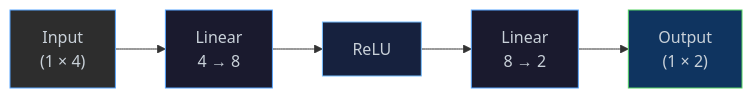
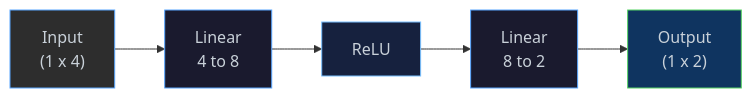
One commit to lewismj/eta changed the fourth of 5 diagrams in docs/torch.md. Above: the diagram before and after it, drawn with Mermaid. The commit also changed other lines of this file, not shown here.

````diff
--- a/docs/torch.md
+++ b/docs/torch.md
@@ -212,13 +212,13 @@
 ```mermaid
 flowchart LR
-    IN["Input\n(1 × 4)"] --> L1["Linear\n4 → 8"]
+    IN["Input\n(1 x 4)"] --> L1["Linear\n4 to 8"]
     L1 --> R["ReLU"]
-    R --> L2["Linear\n8 → 2"]
-    L2 --> OUT["Output\n(1 × 2)"]
+    R --> L2["Linear\n8 to 2"]
+    L2 --> OUT["Output\n(1 x 2)"]
 
     style IN  fill:#2d2d2d,stroke:#58a6ff,color:#c9d1d9
     style L1  fill:#1a1a2e,stroke:#58a6ff,color:#c9d1d9
     style R   fill:#16213e,stroke:#79c0ff,color:#c9d1d9
     style L2  fill:#1a1a2e,stroke:#58a6ff,color:#c9d1d9
     style OUT fill:#0f3460,stroke:#56d364,color:#c9d1d9
 ```
````
